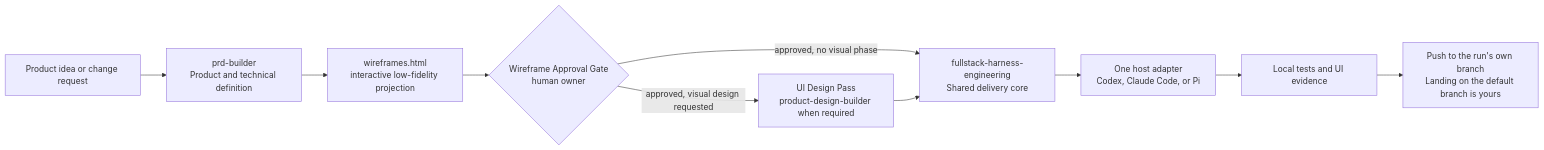
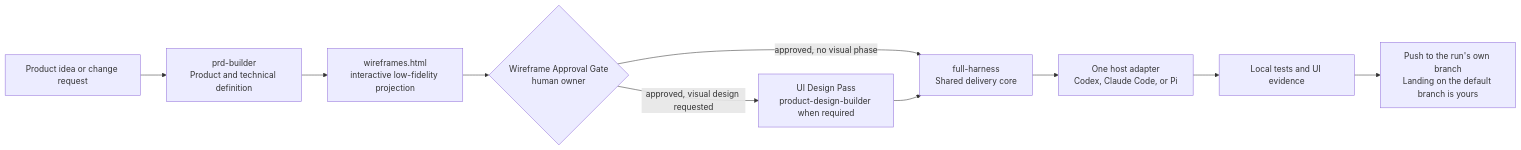
The first of 2 diagrams in README.md (Phlegonlabs/product-delivery-harness), drawn with Mermaid before and after one commit. The commit also changed other lines of this file and 178 other files, not shown here.

First line of the commit message:
fix(harness): guard review dispatch and rename core skill

````diff
--- a/README.md
+++ b/README.md
@@ -69,12 +69,12 @@
 ```mermaid
 flowchart LR
   Idea["Product idea or change request"] --> PRD["prd-builder\nProduct and technical definition"]
   PRD --> Wireframe["wireframes.html\ninteractive low-fidelity projection"]
   Wireframe --> Gate{"Wireframe Approval Gate\nhuman owner"}
   Gate -->|"approved, visual design requested"| Design["UI Design Pass\nproduct-design-builder when required"]
-  Gate -->|"approved, no visual phase"| Harness["fullstack-harness-engineering\nShared delivery core"]
+  Gate -->|"approved, no visual phase"| Harness["full-harness\nShared delivery core"]
   Design --> Harness
   Harness --> Runtime["One host adapter\nCodex, Claude Code, or Pi"]
   Runtime --> Evidence["Local tests and UI evidence"]
   Evidence --> Push["Push to the run's own branch\nLanding on the default branch is yours"]
 ```
````
